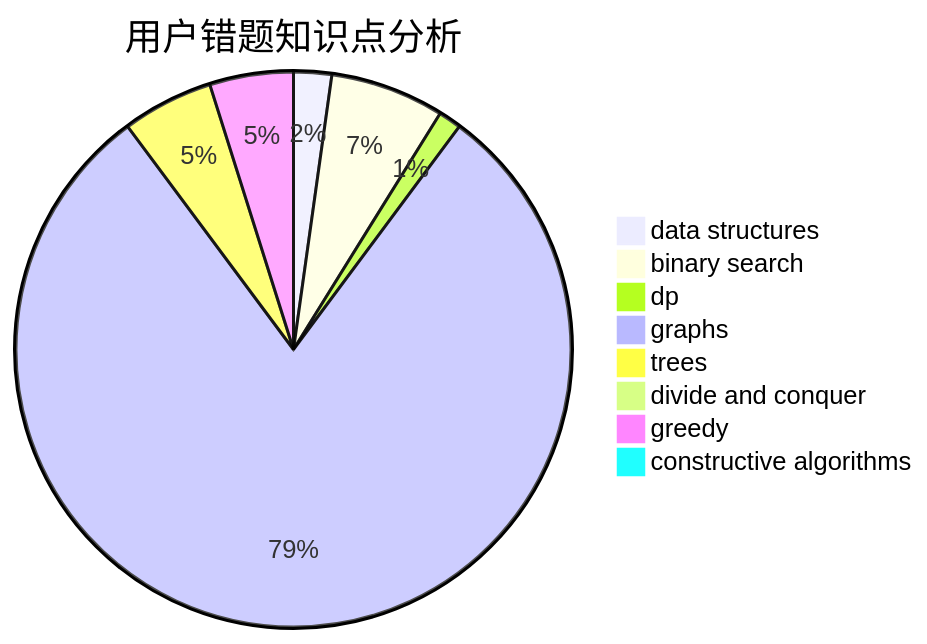
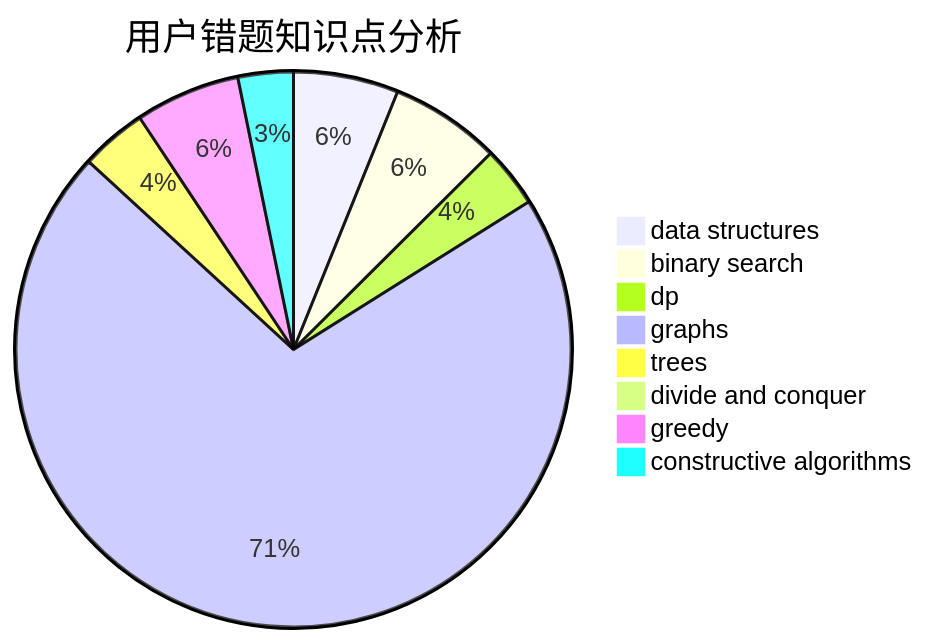
The third of 3 diagrams in docs/user/u374.md (sherpahu/cfrs.github.io), drawn with Mermaid before and after one commit. The commit also changed other lines of this file and 2770 other files, not shown here.

````diff
--- a/docs/user/u374.md
+++ b/docs/user/u374.md
@@ -36,11 +36,11 @@
 ```mermaid
 pie title 用户错题知识点分析
-    "data structures" :  5
-    "binary search" :  15
-    "dp" :  3
-    "graphs" :  180
+    "data structures" :  19
+    "binary search" :  20
+    "dp" :  11
+    "graphs" :  220
     "trees" :  12
     "divide and conquer" :  0
-    "greedy" :  11
-    "constructive algorithms" :  2
+    "greedy" :  19
+    "constructive algorithms" :  10
 ```
````
